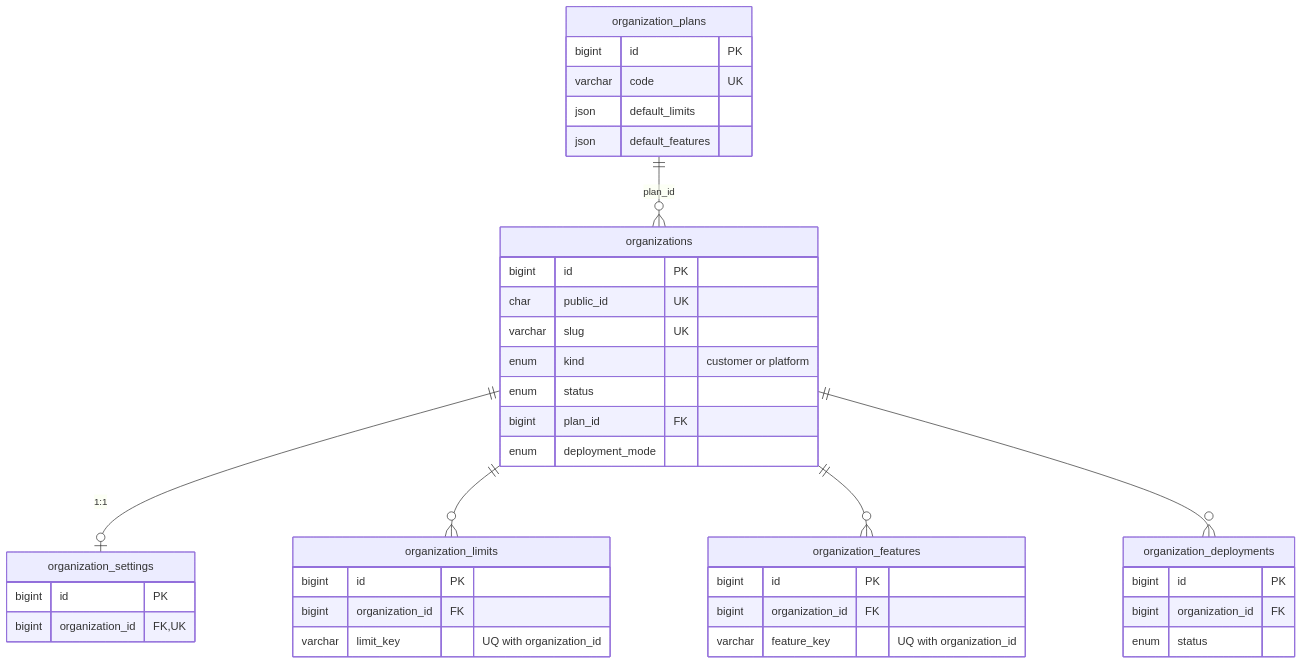
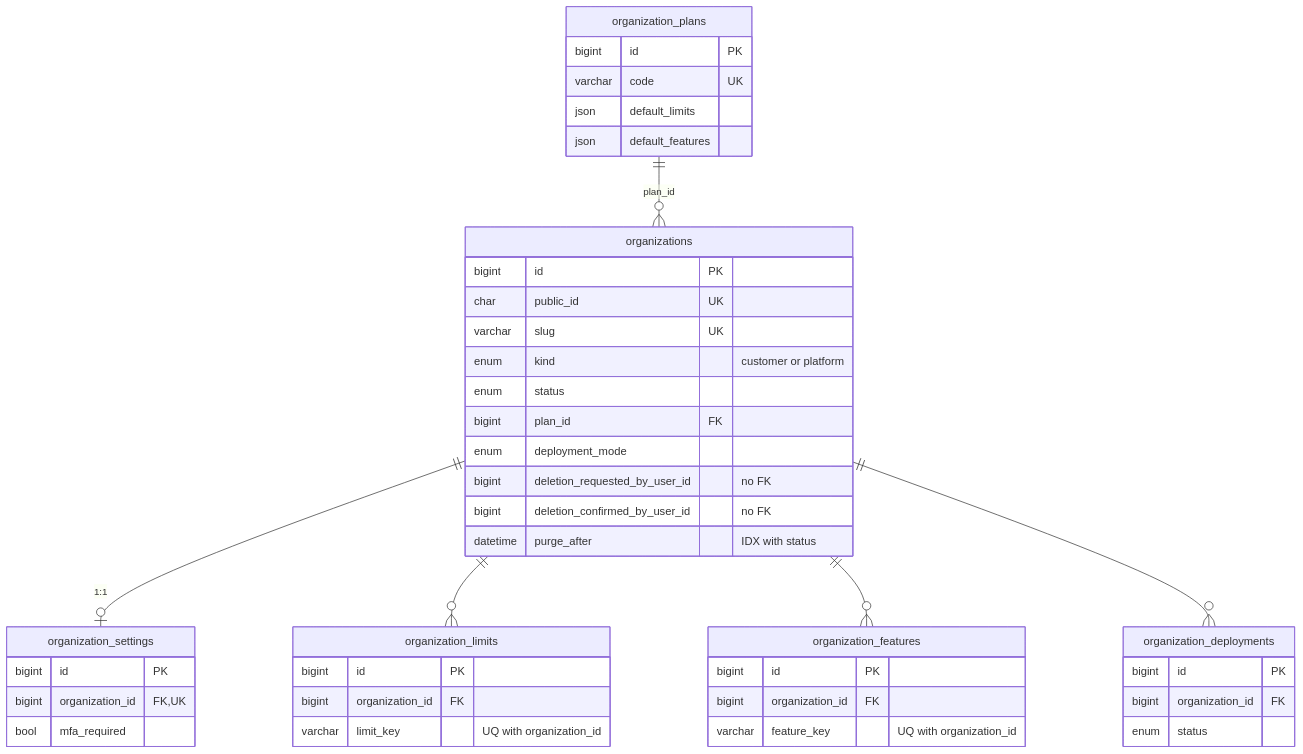
One commit to mnnitsarvesh-ai/email-gateway changed the second of 11 diagrams in docs/database/er-diagram.md. Above: the diagram before and after it, drawn with Mermaid. The commit also changed other lines of this file and 247 other files, not shown here.

````diff
--- a/docs/database/er-diagram.md
+++ b/docs/database/er-diagram.md
@@ -72,42 +72,46 @@
 ```mermaid
 erDiagram
   organization_plans ||--o{ organizations : "plan_id"
   organizations ||--o| organization_settings : "1:1"
   organizations ||--o{ organization_limits : ""
   organizations ||--o{ organization_features : ""
   organizations ||--o{ organization_deployments : ""
   organization_plans {
     bigint id PK
     varchar code UK
     json default_limits
     json default_features
   }
   organizations {
     bigint id PK
     char public_id UK
     varchar slug UK
     enum kind "customer or platform"
     enum status
     bigint plan_id FK
     enum deployment_mode
+    bigint deletion_requested_by_user_id "no FK"
+    bigint deletion_confirmed_by_user_id "no FK"
+    datetime purge_after "IDX with status"
   }
   organization_settings {
     bigint id PK
     bigint organization_id FK,UK
+    bool mfa_required
   }
   organization_limits {
     bigint id PK
     bigint organization_id FK
     varchar limit_key "UQ with organization_id"
   }
   organization_features {
     bigint id PK
     bigint organization_id FK
     varchar feature_key "UQ with organization_id"
   }
   organization_deployments {
     bigint id PK
     bigint organization_id FK
     enum status
   }
 ```
````
